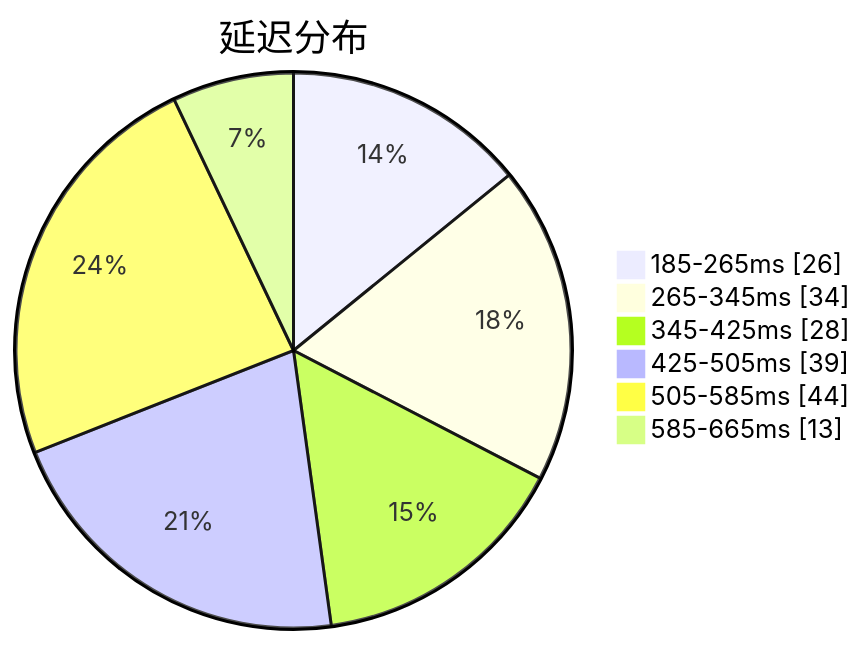
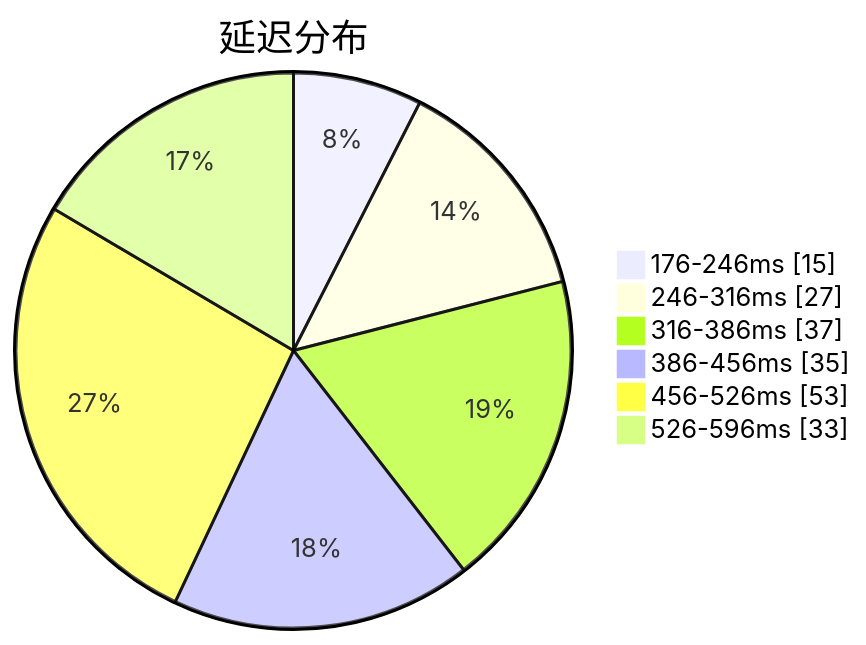
The first of 3 diagrams in subs/statistics/tested_within.md (qjlxg/airport), drawn with Mermaid before and after one commit. The commit also changed other lines of this file and 2 other files, not shown here.

````diff
--- a/subs/statistics/tested_within.md
+++ b/subs/statistics/tested_within.md
@@ -2,10 +2,10 @@
 ```mermaid
 pie showData
 title 延迟分布
-"185-265ms" : 26
-"265-345ms" : 34
-"345-425ms" : 28
-"425-505ms" : 39
-"505-585ms" : 44
-"585-665ms" : 13
+"176-246ms" : 15
+"246-316ms" : 27
+"316-386ms" : 37
+"386-456ms" : 35
+"456-526ms" : 53
+"526-596ms" : 33
 ```
````
